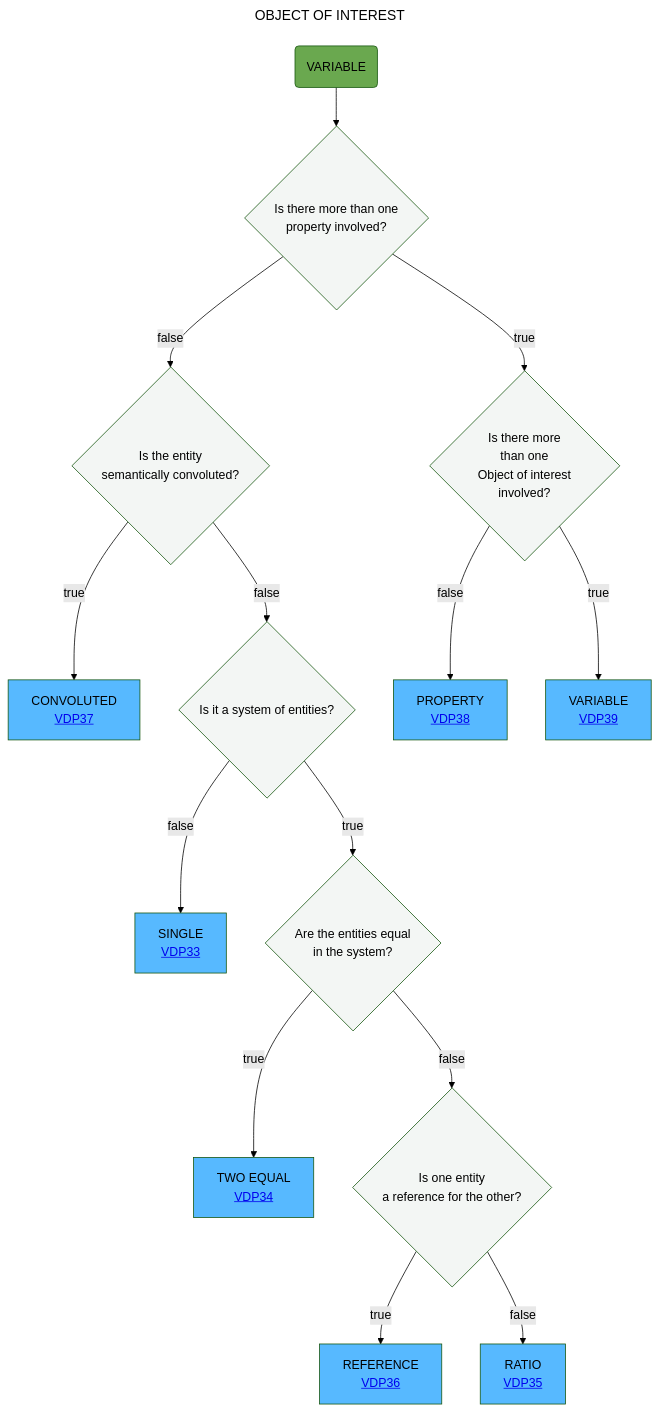
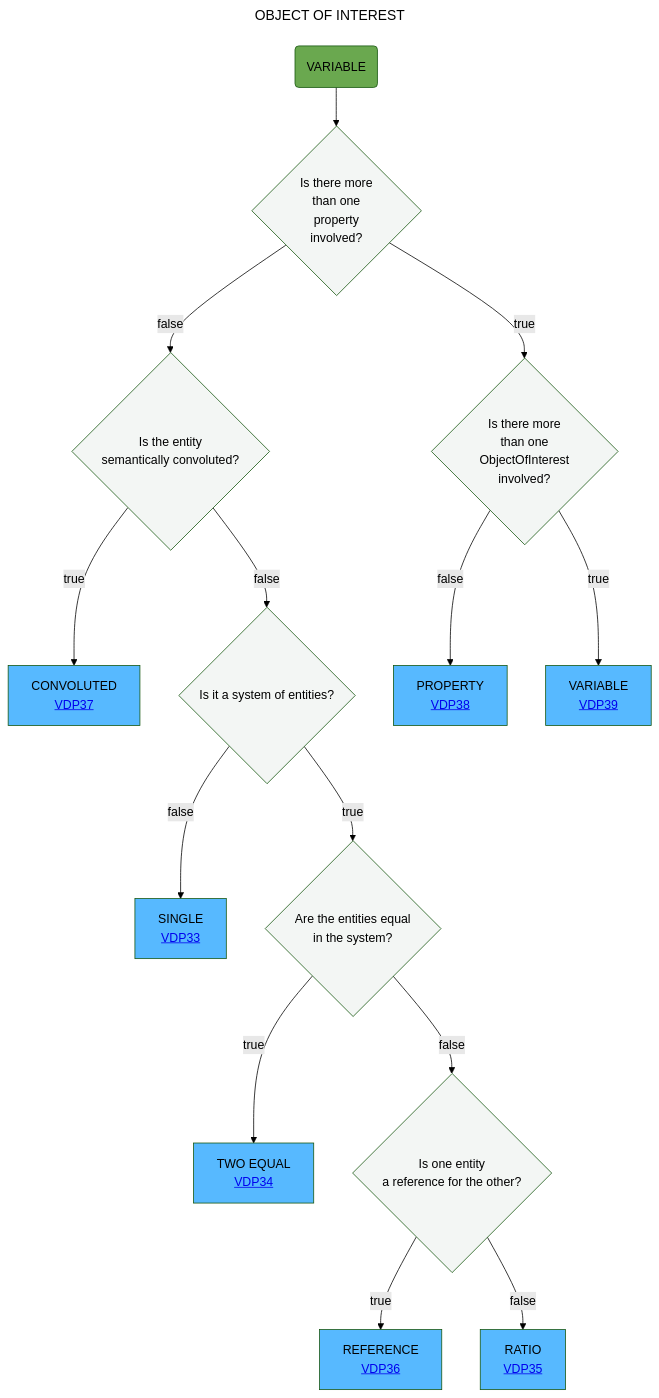
One commit to mabablue/I-ADOPT-patterns-playground changed the diagram in Decisition_trees/DT6.mmd. Above: the diagram before and after it, drawn with Mermaid (forest theme).

Commit message:
Fix wording in flowchart properties and objects

```diff
--- a/Decisition_trees/DT6.mmd
+++ b/Decisition_trees/DT6.mmd
@@ -1,21 +1,21 @@
 ---
 title: OBJECT OF INTEREST
 ---
 flowchart TD
-    A(VARIABLE):::green --> AB{Is there more than one <br> property involved?}:::white
+    A(VARIABLE):::green --> AB{Is there more <br> than one <br> property <br> involved?}:::white
     AB --> |false|B{Is the entity <br> semantically convoluted?}:::white
-    AB --> |true|O{Is there more <br> than one <br> Object of interest <br> involved?}:::white
+    AB --> |true|O{Is there more <br> than one <br> ObjectOfInterest <br> involved?}:::white
     B --> |true|C[CONVOLUTED <br> <a href='https://github.com/mabablue/I-ADOPT-patterns-playground/blob/main/pattern/VDP37.yaml'>VDP37</a>]:::satblue
     B --> |false|D{Is it a system of entities?}:::white
     D --> |false|E[SINGLE <br> <a href='https://github.com/mabablue/I-ADOPT-patterns-playground/blob/main/pattern/VDP33.yaml'>VDP33</a>]:::satblue
     D --> |true|F{Are the entities equal <br> in the system?}:::white
     F --> |true|G[TWO EQUAL <br> <a href='https://github.com/mabablue/I-ADOPT-patterns-playground/blob/main/pattern/VDP34.yaml'>VDP34</a>]:::satblue
     F --> |false|H{Is one entity <br> a reference for the other?}:::white
     H --> |true|I[REFERENCE <br> <a href='https://github.com/mabablue/I-ADOPT-patterns-playground/blob/main/pattern/VDP36.yaml'>VDP36</a>]:::satblue
     H --> |false|J[RATIO <br> <a href='https://github.com/mabablue/I-ADOPT-patterns-playground/blob/main/pattern/VDP35.yaml'>VDP35</a>]:::satblue
     O --> |false|Q[PROPERTY <br> <a href='https://github.com/mabablue/I-ADOPT-patterns-playground/blob/main/pattern/VDP38.yaml'>VDP38</a>]:::satblue
     O --> |true|R[VARIABLE <br> <a href='https://github.com/mabablue/I-ADOPT-patterns-playground/blob/main/pattern/VDP39.yaml'>VDP39</a>]:::satblue
    classDef blue fill:#90D5FF
    classDef satblue fill:#57B9FF 
    classDef white fill:#f3f6f4
    classDef green fill:#6aa84f
```
